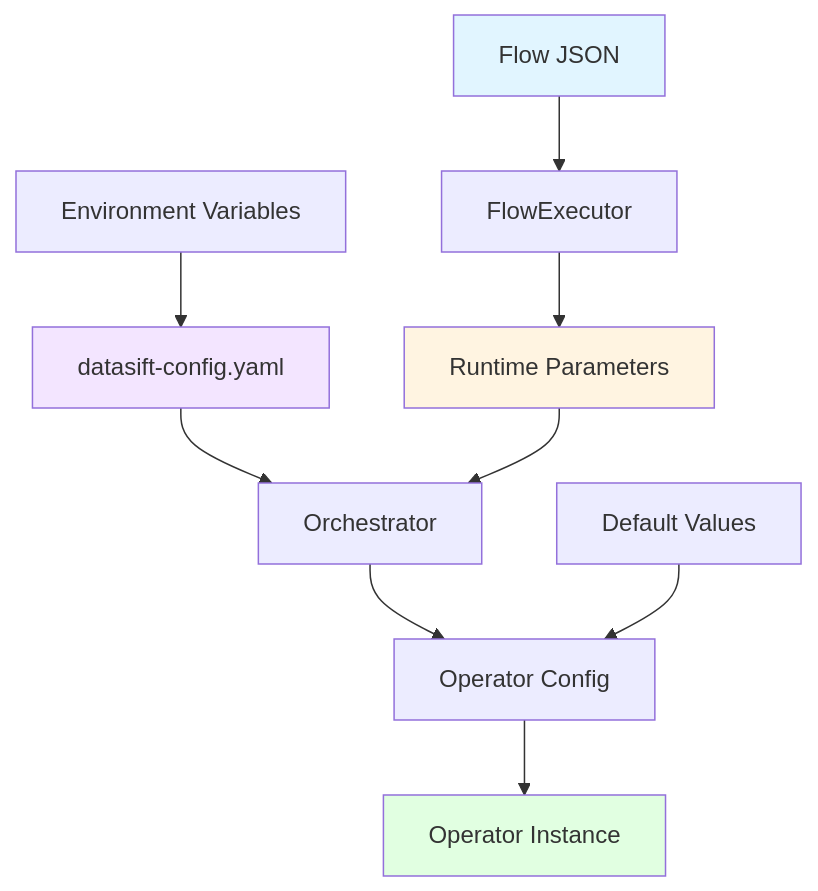
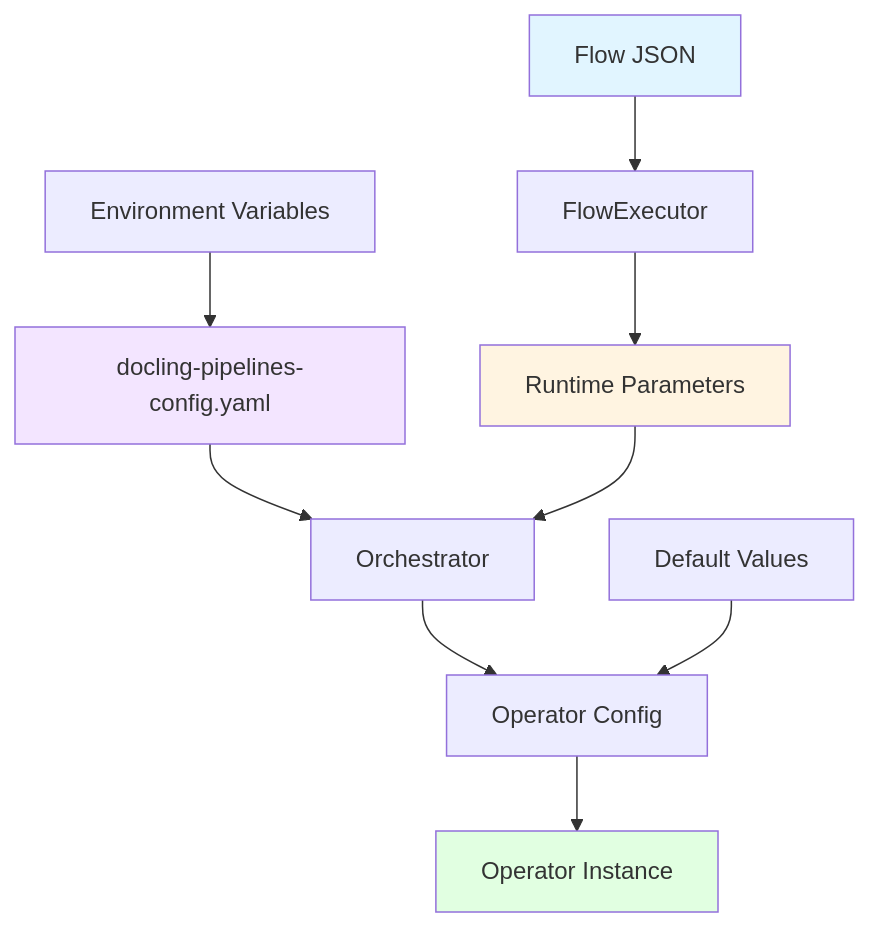
Before and after one commit to anupvarma007-ui/datasift-opensource: the seventh of 31 diagrams in ARCHITECTURE.md, drawn with Mermaid. The commit also changed other lines of this file and 1237 other files, not shown here.

First line of the commit message:
chore: rename datasift to docling-pipelines (docpipe internally) (#669)

````diff
--- a/ARCHITECTURE.md
+++ b/ARCHITECTURE.md
@@ -1009,17 +1009,17 @@
 ```mermaid
 graph TD
     JSON[Flow JSON] --> FE[FlowExecutor]
-    YAML[datasift-config.yaml] --> ORCH[Orchestrator]
+    YAML[docling-pipelines-config.yaml] --> ORCH[Orchestrator]
     FE --> PARAMS[Runtime Parameters]
     PARAMS --> ORCH
     ORCH --> OP_CONFIG[Operator Config]
     OP_CONFIG --> OP[Operator Instance]
 
     ENV[Environment Variables] --> YAML
     DEFAULTS[Default Values] --> OP_CONFIG
 
     style JSON fill:#e1f5ff
     style YAML fill:#f3e5ff
     style PARAMS fill:#fff4e1
     style OP fill:#e1ffe1
 ```
````
